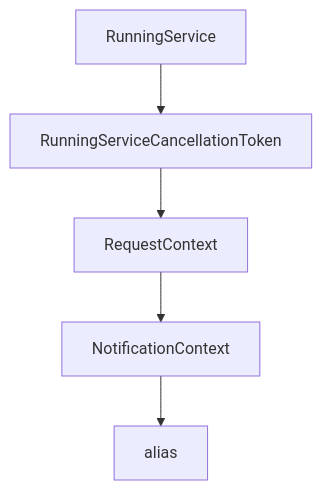
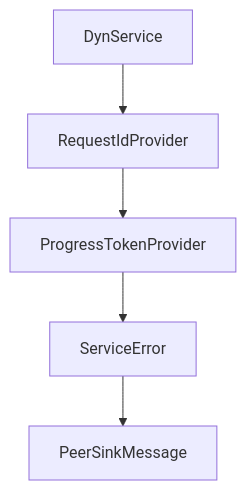
The diagram in tutorials/mcp-rust-sdk-tutorial/04-client-patterns-sampling-and-batching-flows.md (johnxie/awesome-code-docs), drawn with Mermaid before and after one commit. The commit also changed other lines of this file and 1232 other files, not shown here.

````diff
--- a/tutorials/mcp-rust-sdk-tutorial/04-client-patterns-sampling-and-batching-flows.md
+++ b/tutorials/mcp-rust-sdk-tutorial/04-client-patterns-sampling-and-batching-flows.md
@@ -213,12 +211,12 @@
 ```mermaid
 flowchart TD
-    A[RunningService]
-    B[RunningServiceCancellationToken]
-    C[RequestContext]
-    D[NotificationContext]
-    E[alias]
+    A[DynService]
+    B[RequestIdProvider]
+    C[ProgressTokenProvider]
+    D[ServiceError]
+    E[PeerSinkMessage]
     A --> B
     B --> C
     C --> D
     D --> E
 ```
````
